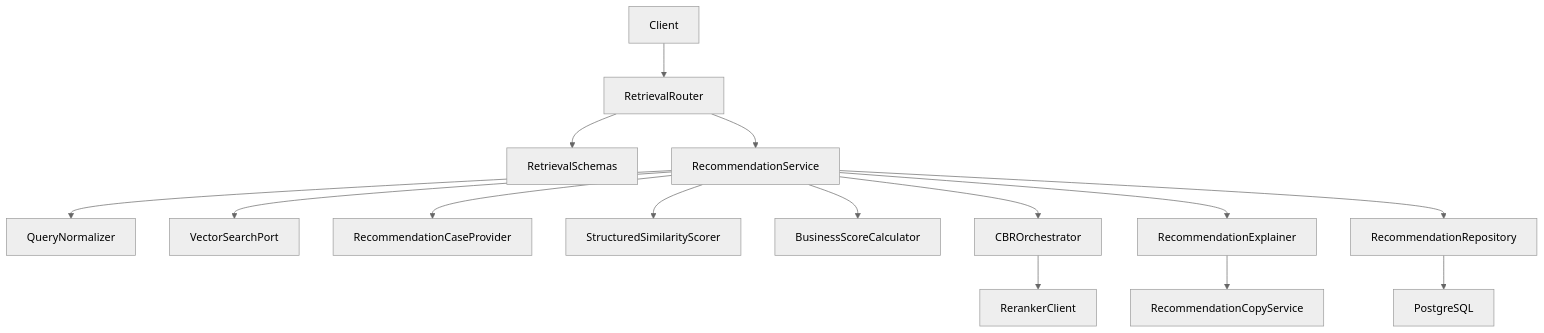
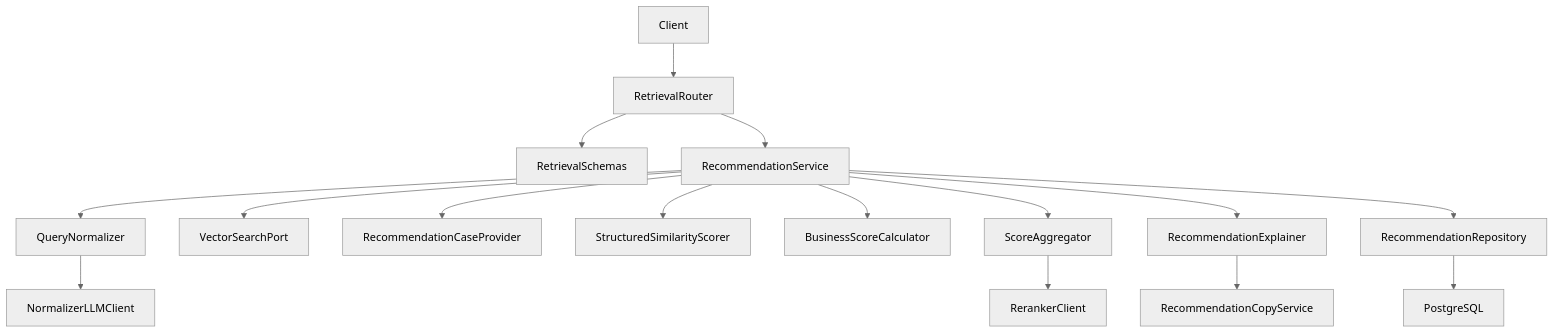
One commit to aierdong/a3-cbr changed the first of 5 diagrams in .kiro/specs/cbr-retrieval-recommendation/design.md. Above: the diagram before and after it, drawn with Mermaid (neutral theme). The commit also changed other lines of this file and 41 other files, not shown here.

````diff
--- a/.kiro/specs/cbr-retrieval-recommendation/design.md
+++ b/.kiro/specs/cbr-retrieval-recommendation/design.md
@@ -68,17 +137,18 @@
 ```mermaid
 flowchart TB
     Client[Client] --> Router[RetrievalRouter]
     Router --> Schemas[RetrievalSchemas]
     Router --> Service[RecommendationService]
     Service --> QueryNormalizer[QueryNormalizer]
+    QueryNormalizer --> NormalizerLLM[NormalizerLLMClient]
     Service --> VectorPort[VectorSearchPort]
     Service --> CaseProvider[RecommendationCaseProvider]
     Service --> StructuredScorer[StructuredSimilarityScorer]
     Service --> BusinessScorer[BusinessScoreCalculator]
-    Service --> Orchestrator[CBROrchestrator]
-    Orchestrator --> Reranker[RerankerClient]
+    Service --> Aggregator[ScoreAggregator]
+    Aggregator --> Reranker[RerankerClient]
     Service --> Explainer[RecommendationExplainer]
     Explainer --> CopyService[RecommendationCopyService]
     Service --> Repository[RecommendationRepository]
     Repository --> Database[PostgreSQL]
 ```
````
